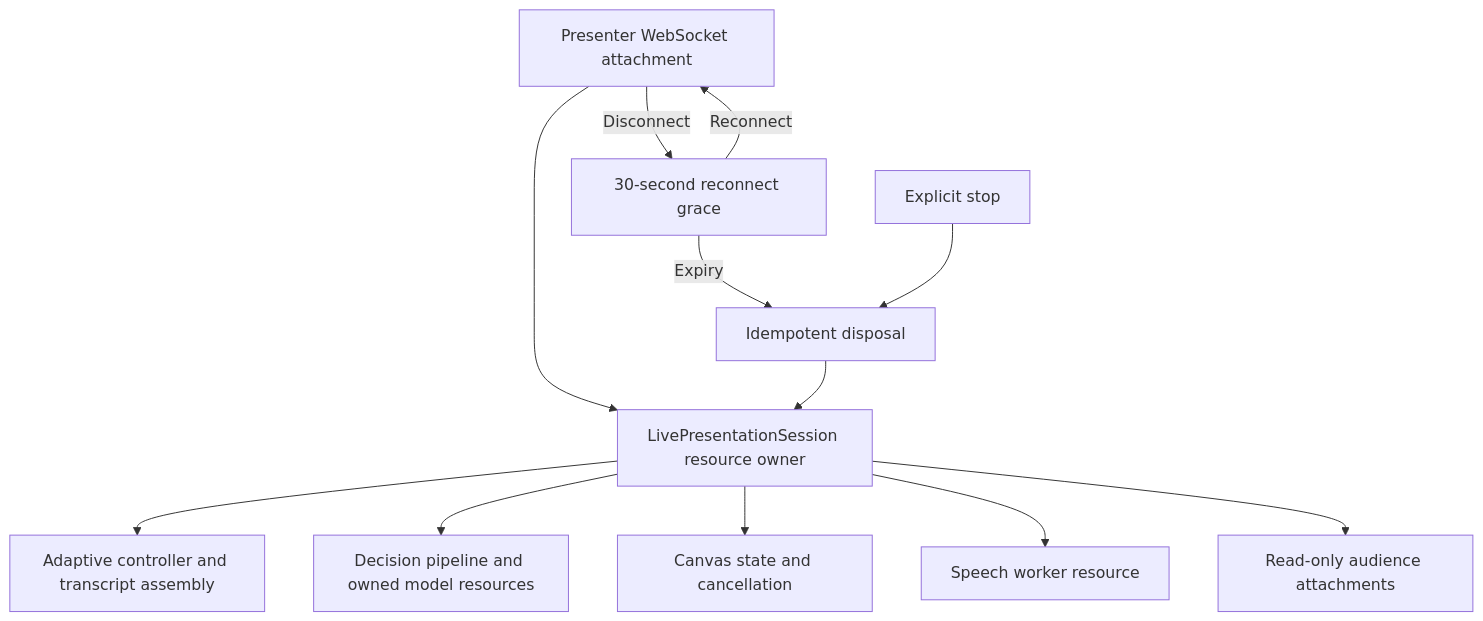
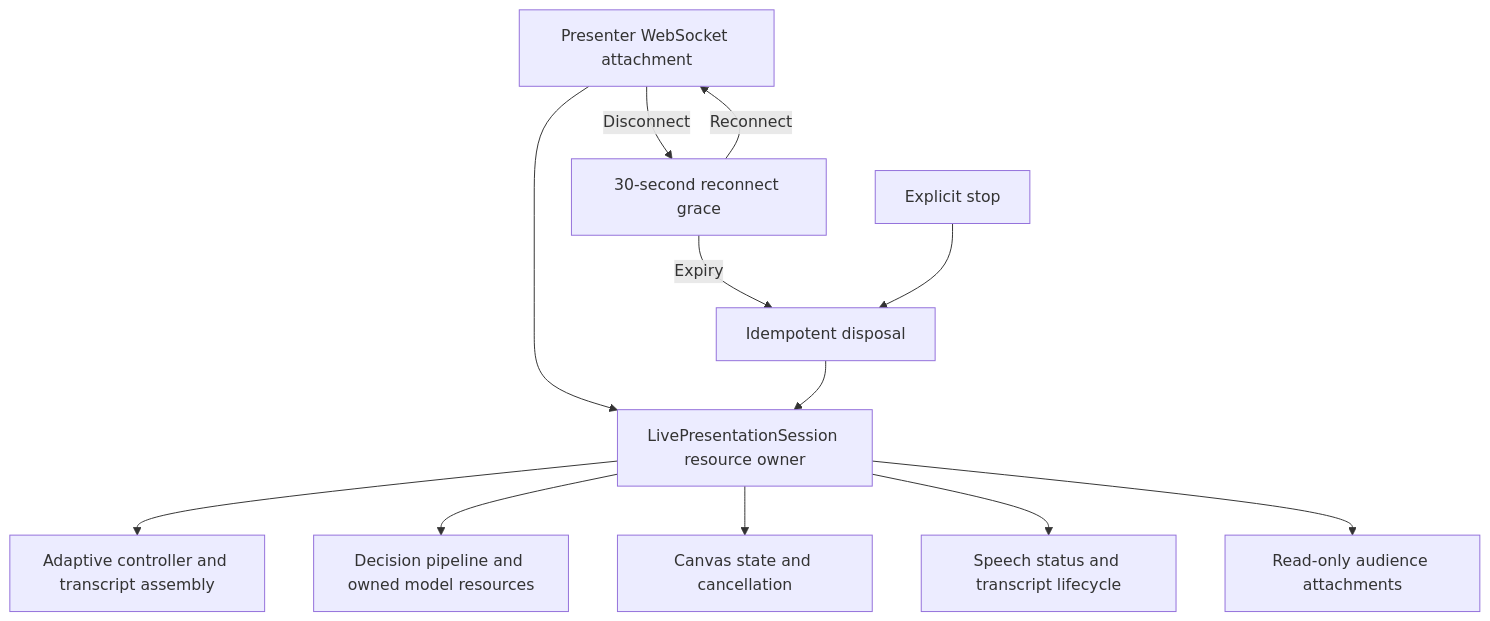
The third of 3 diagrams in docs/architecture/current.md (gksoriginals/omnipresent), drawn with Mermaid before and after one commit. The commit also changed other lines of this file and 119 other files, not shown here.

````diff
--- a/docs/architecture/current.md
+++ b/docs/architecture/current.md
@@ -82,14 +82,14 @@
 ```mermaid
 flowchart TD
   Socket[Presenter WebSocket attachment] --> Owner[LivePresentationSession resource owner]
   Owner --> Controller[Adaptive controller and transcript assembly]
   Owner --> Presenter[Decision pipeline and owned model resources]
   Owner --> Stage[Canvas state and cancellation]
-  Owner --> Speech[Speech worker resource]
+  Owner --> Speech[Speech status and transcript lifecycle]
   Owner --> Audience[Read-only audience attachments]
   Socket -->|Disconnect| Grace[30-second reconnect grace]
   Grace -->|Reconnect| Socket
   Grace -->|Expiry| Dispose[Idempotent disposal]
   Stop[Explicit stop] --> Dispose
   Dispose --> Owner
 ```
````
